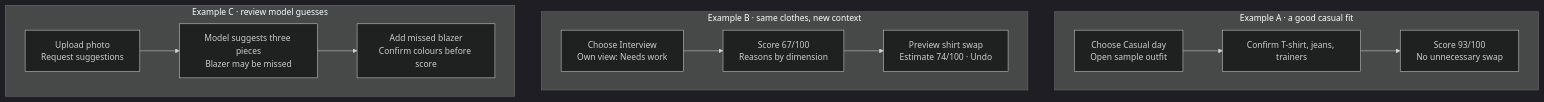
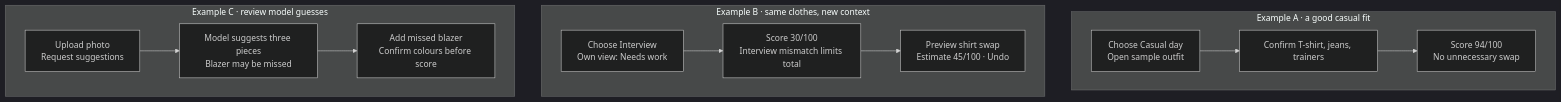
One commit to sasvatt11/outfit-considered-a2 changed the diagram in docs/storyboards.mmd. Above: the diagram before and after it, drawn with Mermaid (dark theme). The commit also changed 11 other files, not shown here.

```diff
--- a/docs/storyboards.mmd
+++ b/docs/storyboards.mmd
@@ -1,10 +1,10 @@
 flowchart TB
   subgraph A[Example A · a good casual fit]
-    A1[Choose Casual day<br/>Open sample outfit] --> A2[Confirm T-shirt, jeans, trainers] --> A3[Score 93/100<br/>No unnecessary swap]
+    A1[Choose Casual day<br/>Open sample outfit] --> A2[Confirm T-shirt, jeans, trainers] --> A3[Score 94/100<br/>No unnecessary swap]
   end
   subgraph B[Example B · same clothes, new context]
-    B1[Choose Interview<br/>Own view: Needs work] --> B2[Score 67/100<br/>Reasons by dimension] --> B3[Preview shirt swap<br/>Estimate 74/100 · Undo]
+    B1[Choose Interview<br/>Own view: Needs work] --> B2[Score 30/100<br/>Interview mismatch limits total] --> B3[Preview shirt swap<br/>Estimate 45/100 · Undo]
   end
   subgraph C[Example C · review model guesses]
     C1[Upload photo<br/>Request suggestions] --> C2[Model suggests three pieces<br/>Blazer may be missed] --> C3[Add missed blazer<br/>Confirm colours before score]
   end
```
